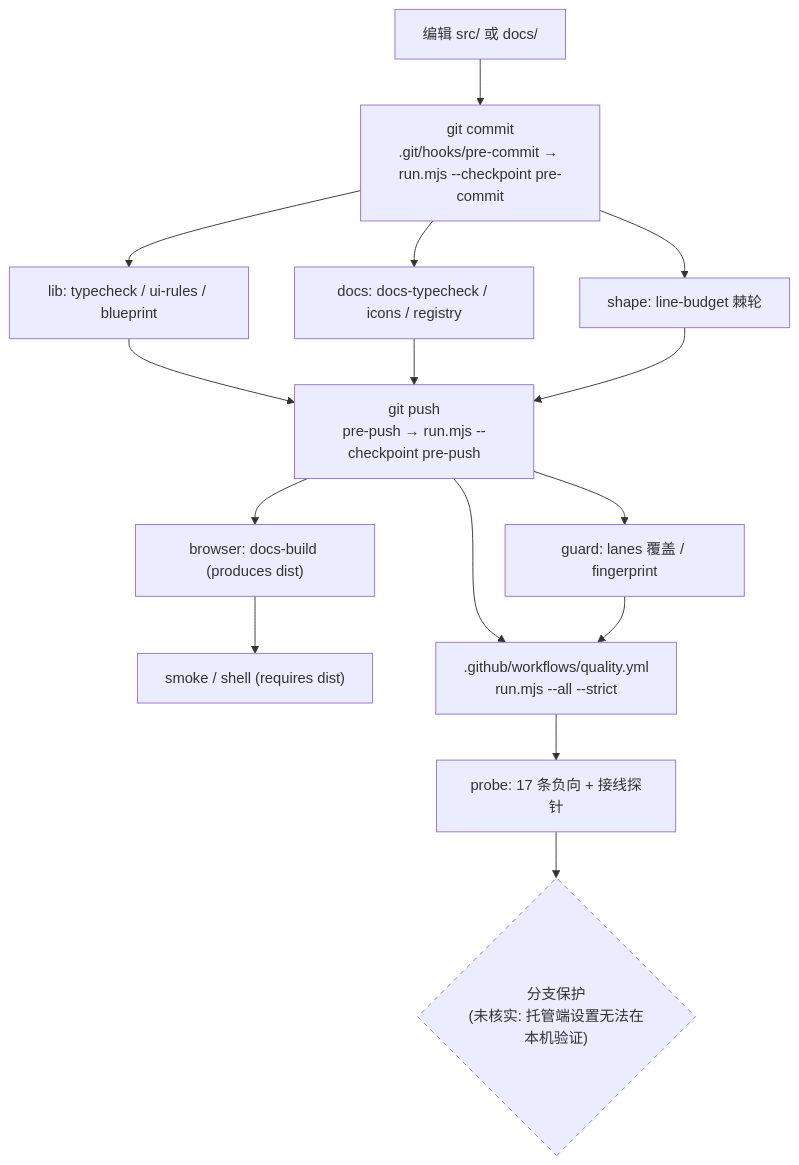
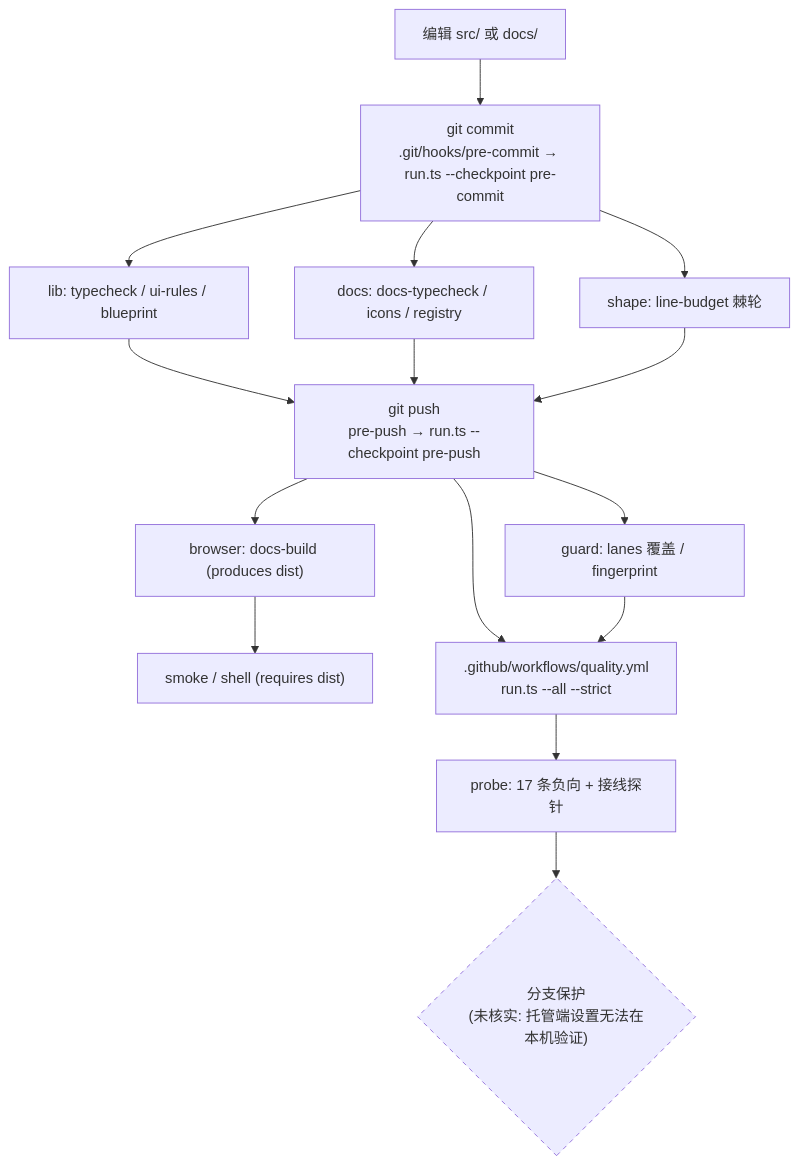
One commit to HengXin666/HX-UI changed the diagram in docs/code-quality-landscape.md. Above: the diagram before and after it, drawn with Mermaid. The commit also changed other lines of this file and 34 other files, not shown here.

First line of the commit message:
refactor(gates): 门禁脚本 .mjs 迁 .ts, 修 git() trim 导致的 lanes 误报

````diff
--- a/docs/code-quality-landscape.md
+++ b/docs/code-quality-landscape.md
@@ -150,19 +150,19 @@
 ```mermaid
 flowchart TD
-    E["编辑 src/ 或 docs/"] --> PC["git commit<br/>.git/hooks/pre-commit → run.mjs --checkpoint pre-commit"]
+    E["编辑 src/ 或 docs/"] --> PC["git commit<br/>.git/hooks/pre-commit → run.ts --checkpoint pre-commit"]
     PC --> L1["lib: typecheck / ui-rules / blueprint"]
     PC --> L2["docs: docs-typecheck / icons / registry"]
     PC --> L3["shape: line-budget 棘轮"]
-    L1 --> P["git push<br/>pre-push → run.mjs --checkpoint pre-push"]
+    L1 --> P["git push<br/>pre-push → run.ts --checkpoint pre-push"]
     L2 --> P
     L3 --> P
     P --> B["browser: docs-build (produces dist)"]
     B --> B2["smoke / shell (requires dist)"]
     P --> G["guard: lanes 覆盖 / fingerprint"]
-    P --> CI[".github/workflows/quality.yml<br/>run.mjs --all --strict"]
+    P --> CI[".github/workflows/quality.yml<br/>run.ts --all --strict"]
     G --> CI
     CI --> PR["probe: 17 条负向 + 接线探针"]
     PR --> RP{"分支保护<br/>(未核实: 托管端设置无法在本机验证)"}
 
     style RP stroke-dasharray: 5 5
 ```
````
